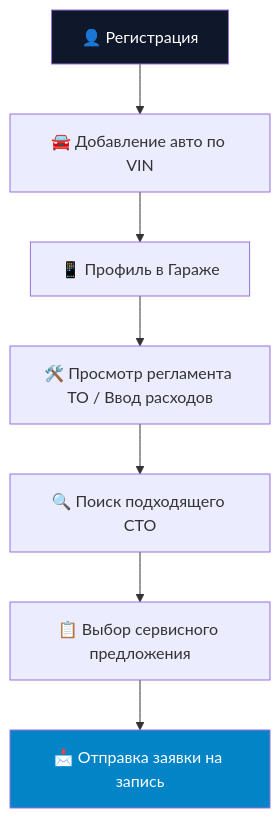
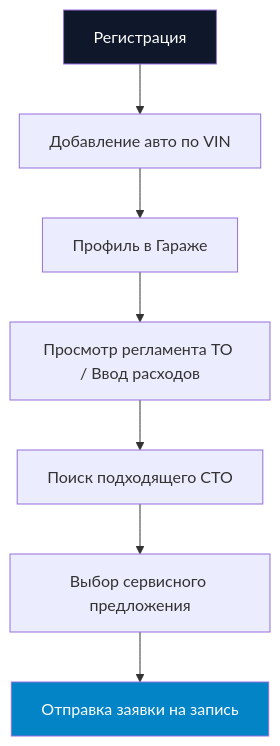
One commit to Yn1ro/pocket-garage changed the third of 6 diagrams in docs/ru/requirements/business-requirements.md. Above: the diagram before and after it, drawn with Mermaid. The commit also changed other lines of this file, not shown here.

````diff
--- a/docs/ru/requirements/business-requirements.md
+++ b/docs/ru/requirements/business-requirements.md
@@ -90,13 +90,13 @@
 ```mermaid
 graph TD
-    A[👤 Регистрация] --> B[🚘 Добавление авто по VIN]
-    B --> C[📱 Профиль в Гараже]
-    C --> D[🛠️ Просмотр регламента ТО / Ввод расходов]
-    D --> E[🔍 Поиск подходящего СТО]
-    E --> F[📋 Выбор сервисного предложения]
-    F --> G[📩 Отправка заявки на запись]
+    A[ Регистрация] --> B[ Добавление авто по VIN]
+    B --> C[ Профиль в Гараже]
+    C --> D[ Просмотр регламента ТО / Ввод расходов]
+    D --> E[ Поиск подходящего СТО]
+    E --> F[ Выбор сервисного предложения]
+    F --> G[ Отправка заявки на запись]
 
     style A fill:#0f172a,color:#fff
     style G fill:#0284c7,color:#fff
 
 ```
````
